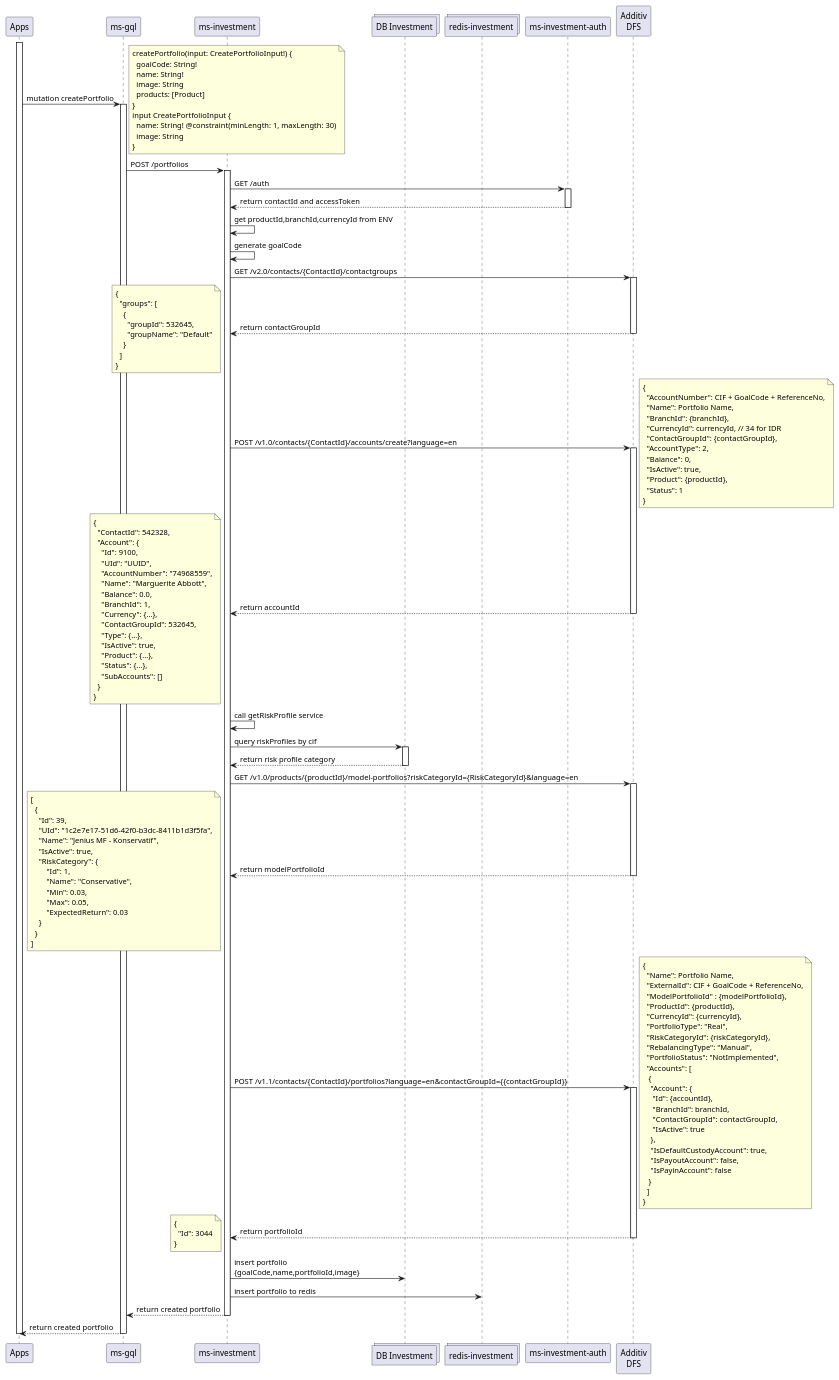
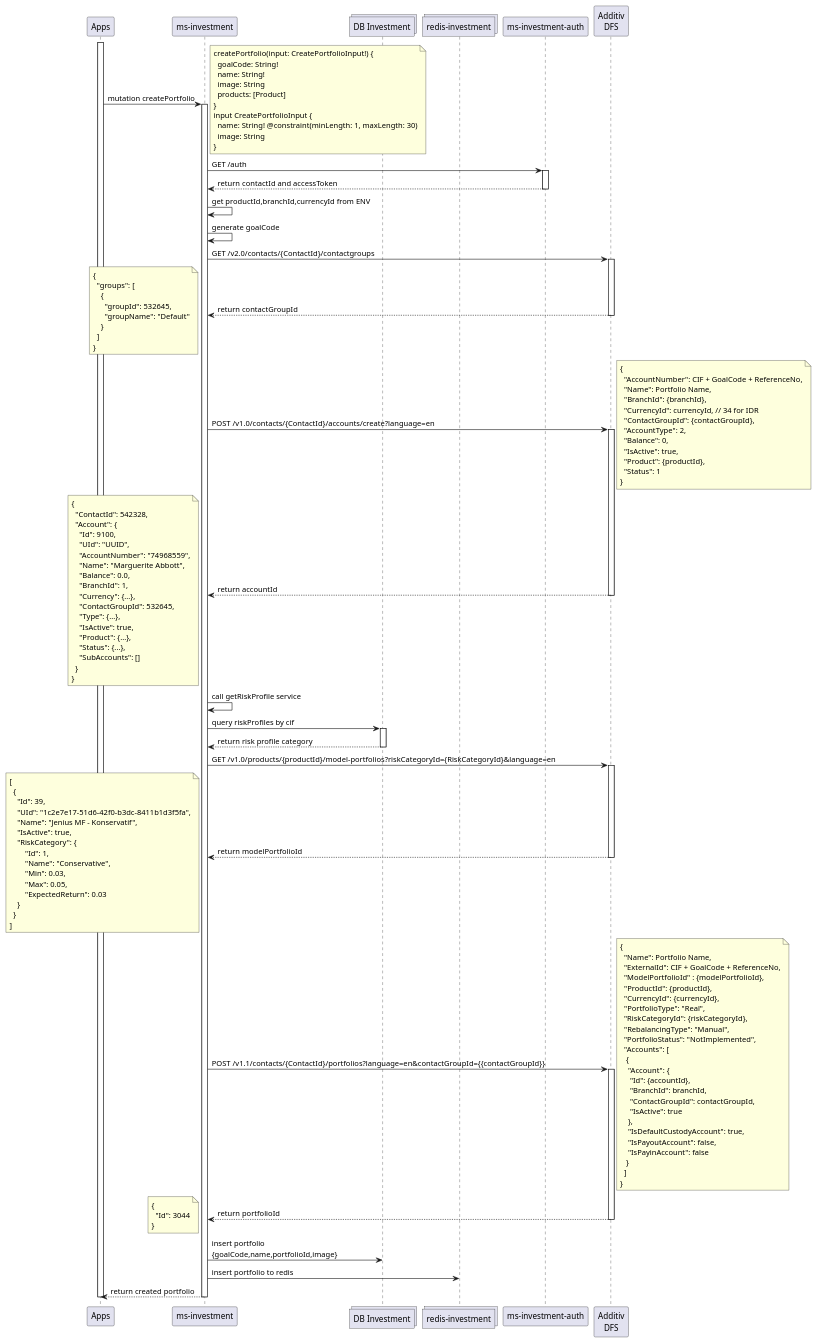
One commit to iksena/jenius-uml changed the diagram in jeniusDfs/jenius_createPortfolio.puml. Above: the diagram before and after it, drawn with PlantUML. The commit also changed 3 other files, not shown here.

```diff
--- a/jeniusDfs/jenius_createPortfolio.puml
+++ b/jeniusDfs/jenius_createPortfolio.puml
@@ -1,153 +1,148 @@
-@startuml risk profiles
+@startuml create portfolio
 participant "Apps" as app
-participant "ms-gql" as gql
 participant "ms-investment" as ms
 collections "DB Investment" as db
 collections "redis-investment" as redis
 participant "ms-investment-auth" as auth
 participant "Additiv\nDFS" as dfs
 
 activate app
-app -> gql: mutation createPortfolio
+app -> ms: mutation createPortfolio
 note right
 createPortfolio(input: CreatePortfolioInput!) {
   goalCode: String!
   name: String!
   image: String
   products: [Product]
 }
 input CreatePortfolioInput {
   name: String! @constraint(minLength: 1, maxLength: 30)
   image: String
 }
 end note
-activate gql
-gql -> ms: POST /portfolios
 activate ms
 ms -> auth: GET /auth
 activate auth
 auth --> ms: return contactId and accessToken
 deactivate auth
 ms -> ms: get productId,branchId,currencyId from ENV
 ms -> ms: generate goalCode
 ms -> dfs: GET /v2.0/contacts/{ContactId}/contactgroups
 activate dfs
 dfs --> ms: return contactGroupId
 note left
 {
   "groups": [
     {
       "groupId": 532645,
       "groupName": "Default"
     }
   ]
 }
 end note
 deactivate dfs
 ms -> dfs: POST /v1.0/contacts/{ContactId}/accounts/create?language=en
 note right
 {
   "AccountNumber": CIF + GoalCode + ReferenceNo,
   "Name": Portfolio Name,
   "BranchId": {branchId},
   "CurrencyId": currencyId, // 34 for IDR
   "ContactGroupId": {contactGroupId},
   "AccountType": 2,
   "Balance": 0,
   "IsActive": true,
   "Product": {productId},
   "Status": 1
 }
 end note
 activate dfs
 dfs --> ms: return accountId
 note left
 {
   "ContactId": 542328,
   "Account": {
     "Id": 9100,
     "UId": "UUID",
     "AccountNumber": "74968559",
     "Name": "Marguerite Abbott",
     "Balance": 0.0,
     "BranchId": 1,
     "Currency": {...},
     "ContactGroupId": 532645,
     "Type": {...},
     "IsActive": true,
     "Product": {...},
     "Status": {...},
     "SubAccounts": []
   }
 }
 end note
 deactivate dfs
 ms -> ms: call getRiskProfile service
 ms -> db: query riskProfiles by cif
 activate db
 db --> ms: return risk profile category
 deactivate db
 ms -> dfs: GET /v1.0/products/{productId}/model-portfolios?riskCategoryId={RiskCategoryId}&language=en
 activate dfs
 dfs --> ms: return modelPortfolioId
 note left
 [
   {
     "Id": 39,
     "UId": "1c2e7e17-51d6-42f0-b3dc-8411b1d3f5fa",
     "Name": "Jenius MF - Konservatif",
     "IsActive": true,
     "RiskCategory": {
         "Id": 1,
         "Name": "Conservative",
         "Min": 0.03,
         "Max": 0.05,
         "ExpectedReturn": 0.03
     }
   }
 ]
 end note
 deactivate dfs
 ms -> dfs: POST /v1.1/contacts/{ContactId}/portfolios?language=en&contactGroupId={{contactGroupId}}
 activate dfs
 note right
 {
   "Name": Portfolio Name,
   "ExternalId": CIF + GoalCode + ReferenceNo,
   "ModelPortfolioId" : {modelPortfolioId},
   "ProductId": {productId},
   "CurrencyId": {currencyId},
   "PortfolioType": "Real",
   "RiskCategoryId": {riskCategoryId},
   "RebalancingType": "Manual",
   "PortfolioStatus": "NotImplemented",
   "Accounts": [
    {
     "Account": {
      "Id": {accountId},
      "BranchId": branchId,
      "ContactGroupId": contactGroupId,
      "IsActive": true
     },
     "IsDefaultCustodyAccount": true,
     "IsPayoutAccount": false,
     "IsPayinAccount": false
    }
   ]
 }
 end note
 dfs --> ms: return portfolioId
 note left
 {
   "Id": 3044
 }
 end note
 deactivate dfs
 ms -> db: insert portfolio\n{goalCode,name,portfolioId,image}
 ms -> redis: insert portfolio to redis
-ms --> gql: return created portfolio
+ms --> app: return created portfolio
 deactivate ms
-gql --> app: return created portfolio
-deactivate gql
 deactivate app
 @enduml
```
